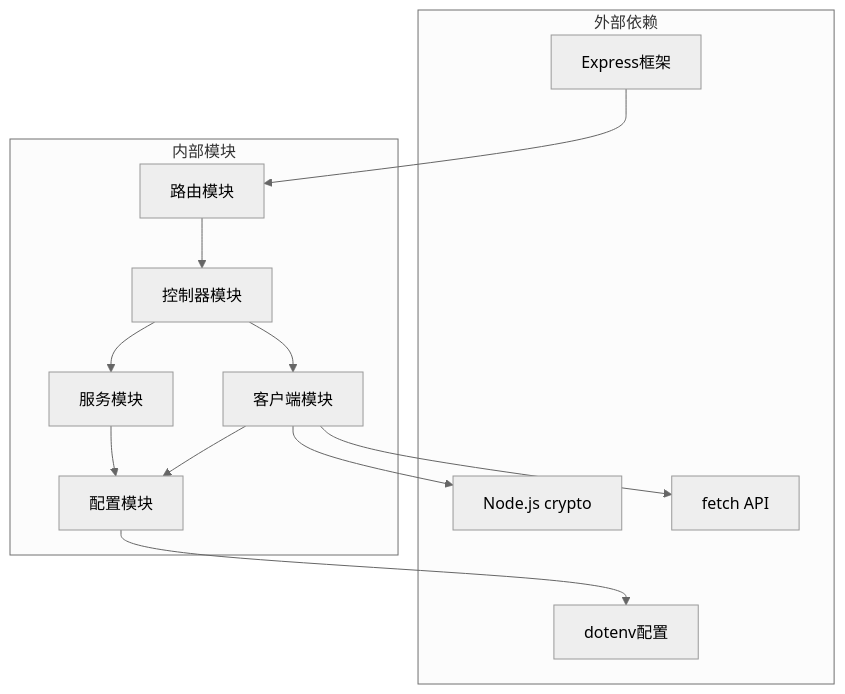
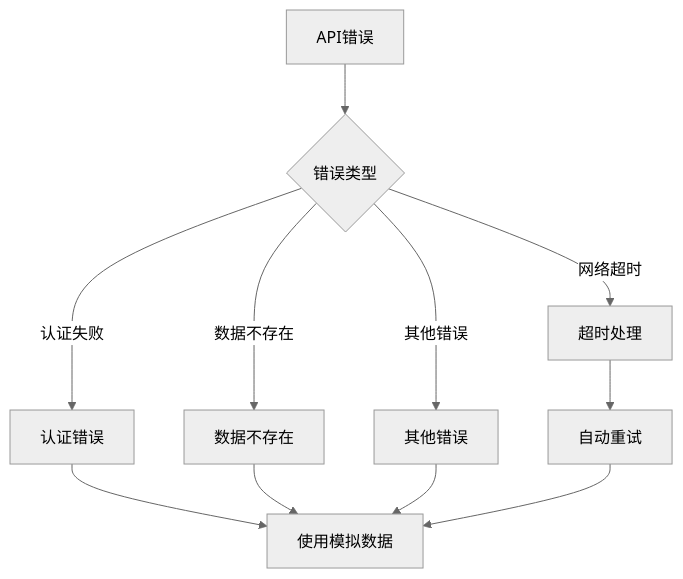
One commit to xianjianshenqu/SalesFlow-CRM changed the sixth of 8 diagrams in .qoder/repowiki/zh/content/核心组件/Qichacha API集成.md. Above: the diagram before and after it, drawn with Mermaid (neutral theme). The commit also changed other lines of this file and 30 other files, not shown here.

````diff
--- a/.qoder/repowiki/zh/content/核心组件/Qichacha API集成.md
+++ b/.qoder/repowiki/zh/content/核心组件/Qichacha API集成.md
@@ -307,25 +373,13 @@
 ```mermaid
 graph TD
-subgraph "外部依赖"
-Express[Express框架]
-Dotenv[dotenv配置]
-Crypto[Node.js crypto]
-Fetch[fetch API]
-end
-subgraph "内部模块"
-Routes[路由模块]
-Controller[控制器模块]
-Service[服务模块]
-Client[客户端模块]
-Config[配置模块]
-end
-Express --> Routes
-Routes --> Controller
-Controller --> Service
-Controller --> Client
-Service --> Config
-Client --> Config
-Config --> Dotenv
-Client --> Crypto
-Client --> Fetch
+Error[API错误] --> Type{错误类型}
+Type --> |网络超时| Timeout[超时处理]
+Type --> |认证失败| AuthErr[认证错误]
+Type --> |数据不存在| NotFound[数据不存在]
+Type --> |其他错误| OtherErr[其他错误]
+Timeout --> AutoRetry[自动重试]
+AuthErr --> UseMock[使用模拟数据]
+NotFound --> UseMock
+OtherErr --> UseMock
+AutoRetry --> UseMock
 ```
````
